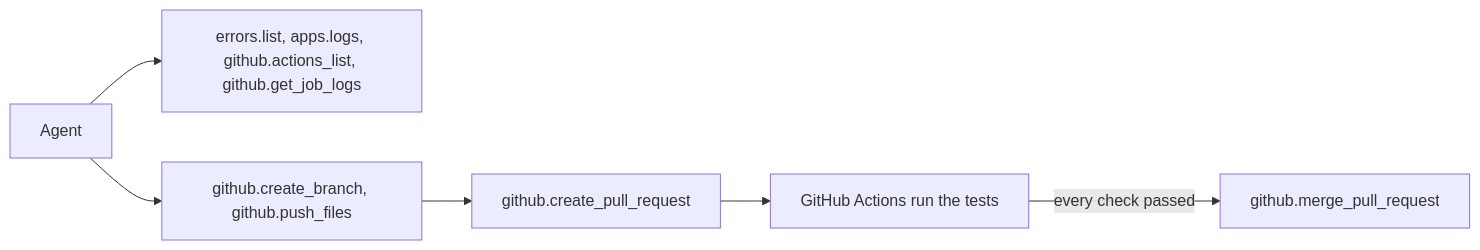
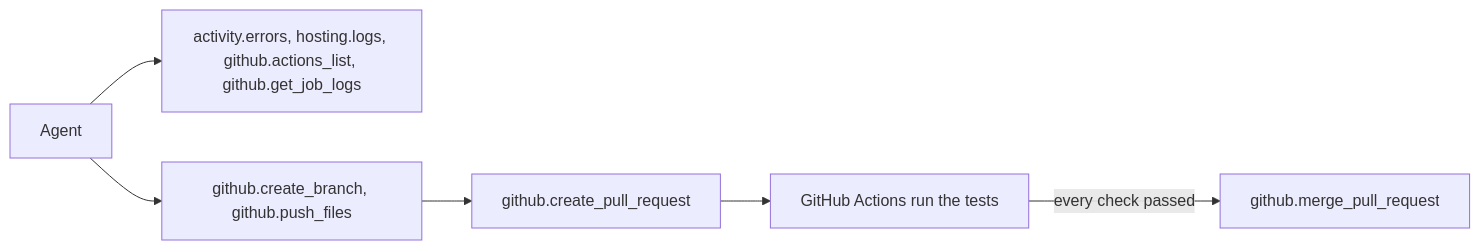
One commit to asusoda/platform changed the second of 2 diagrams in docs/integrations.md. Above: the diagram before and after it, drawn with Mermaid. The commit also changed other lines of this file and 58 other files, not shown here.

````diff
--- a/docs/integrations.md
+++ b/docs/integrations.md
@@ -90,8 +90,8 @@
 ```mermaid
 flowchart LR
-  A[Agent] --> E["errors.list, apps.logs, github.actions_list, github.get_job_logs"]
+  A[Agent] --> E["activity.errors, hosting.logs, github.actions_list, github.get_job_logs"]
   A --> B["github.create_branch, github.push_files"]
   B --> P["github.create_pull_request"]
   P --> CI[GitHub Actions run the tests]
   CI -->|every check passed| M["github.merge_pull_request"]
 ```
````
